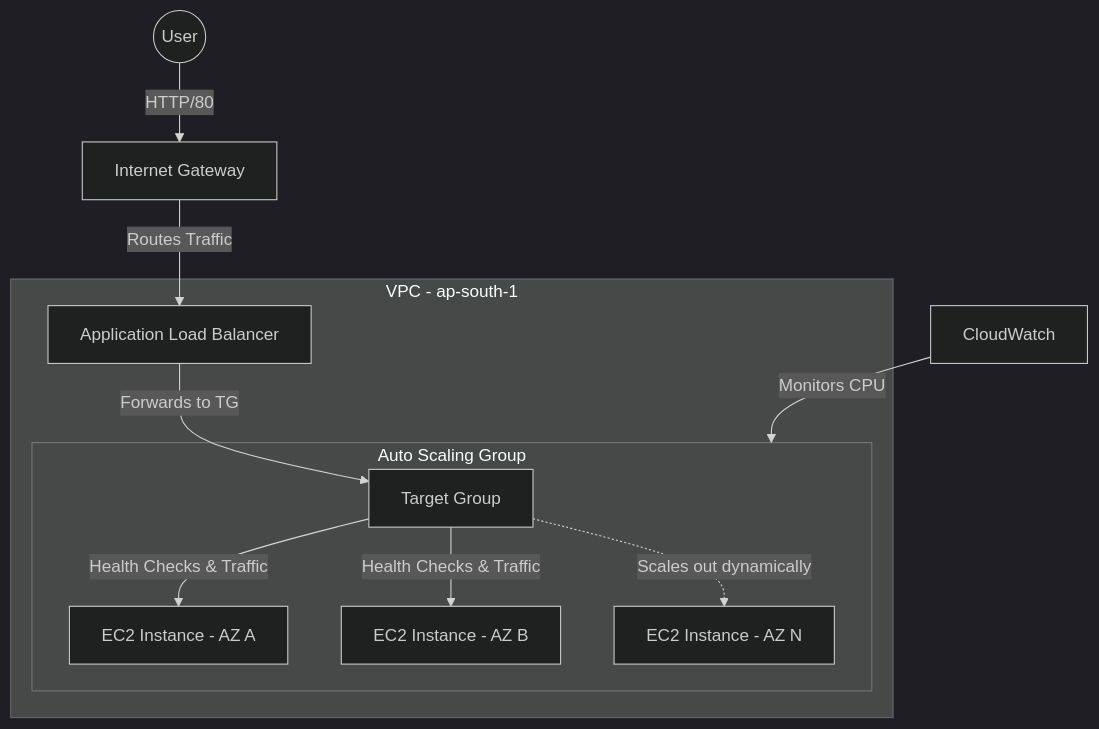
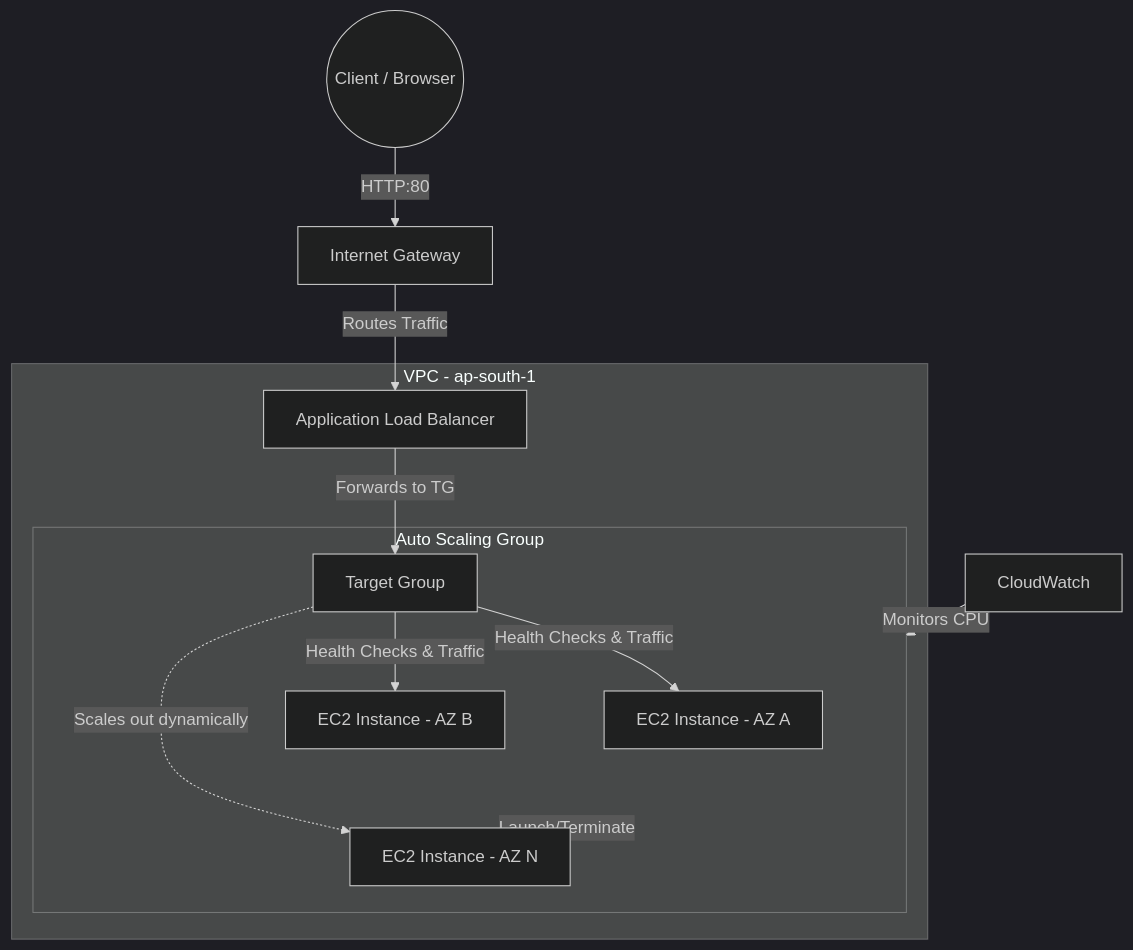
Before and after one commit to vinay1515/Vinay_kumar_AWS_Beginner_level_projects: the diagram in project-10-auto-scaling-alb/docs/architecture.md, drawn with Mermaid (dark theme). The commit also changed other lines of this file and 32 other files, not shown here.

````diff
--- a/project-10-auto-scaling-alb/docs/architecture.md
+++ b/project-10-auto-scaling-alb/docs/architecture.md
@@ -7,17 +7,18 @@
 ```mermaid
 graph TD
-    User((User)) -->|"HTTP/80"| IGW[Internet Gateway]
+    User((Client / Browser)) -->|"HTTP:80"| IGW[Internet Gateway]
     IGW -->|"Routes Traffic"| ALB[Application Load Balancer]
     
     subgraph VPC [VPC - ap-south-1]
         ALB -->|"Forwards to TG"| TG[Target Group]
         
         subgraph ASG [Auto Scaling Group]
             TG -->|"Health Checks & Traffic"| EC2_A[EC2 Instance - AZ A]
             TG -->|"Health Checks & Traffic"| EC2_B[EC2 Instance - AZ B]
             TG -.->|"Scales out dynamically"| EC2_N[EC2 Instance - AZ N]
         end
     end
     
     CW[CloudWatch] -->|"Monitors CPU"| ASG
+    ASG -->|"Launch/Terminate"| EC2_N
 ```
````
